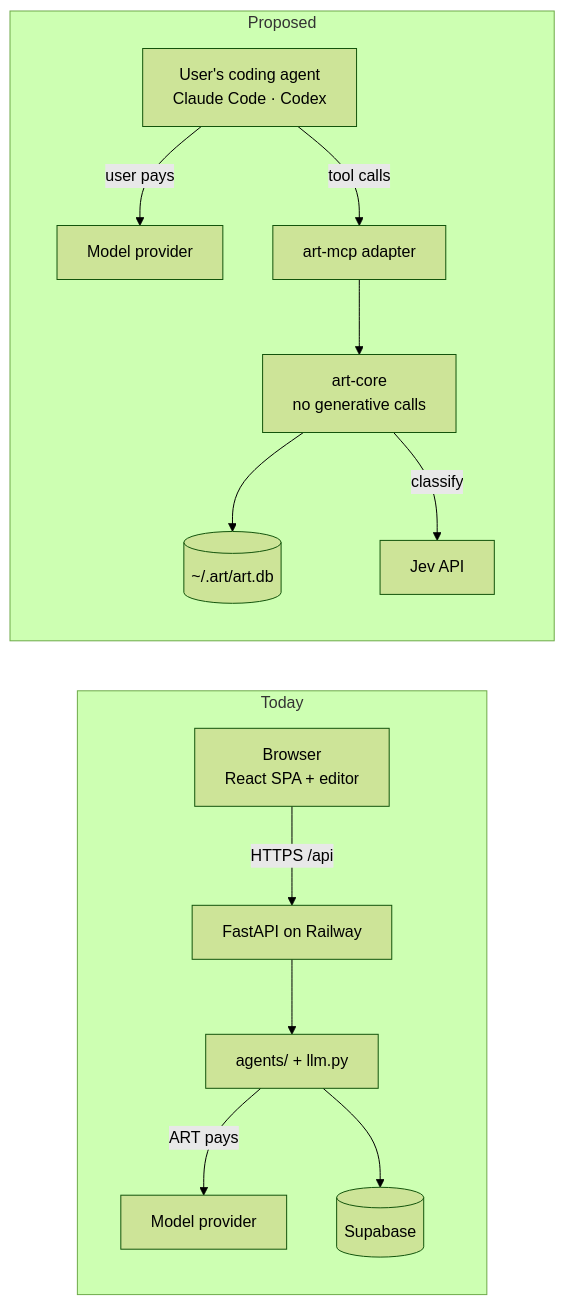
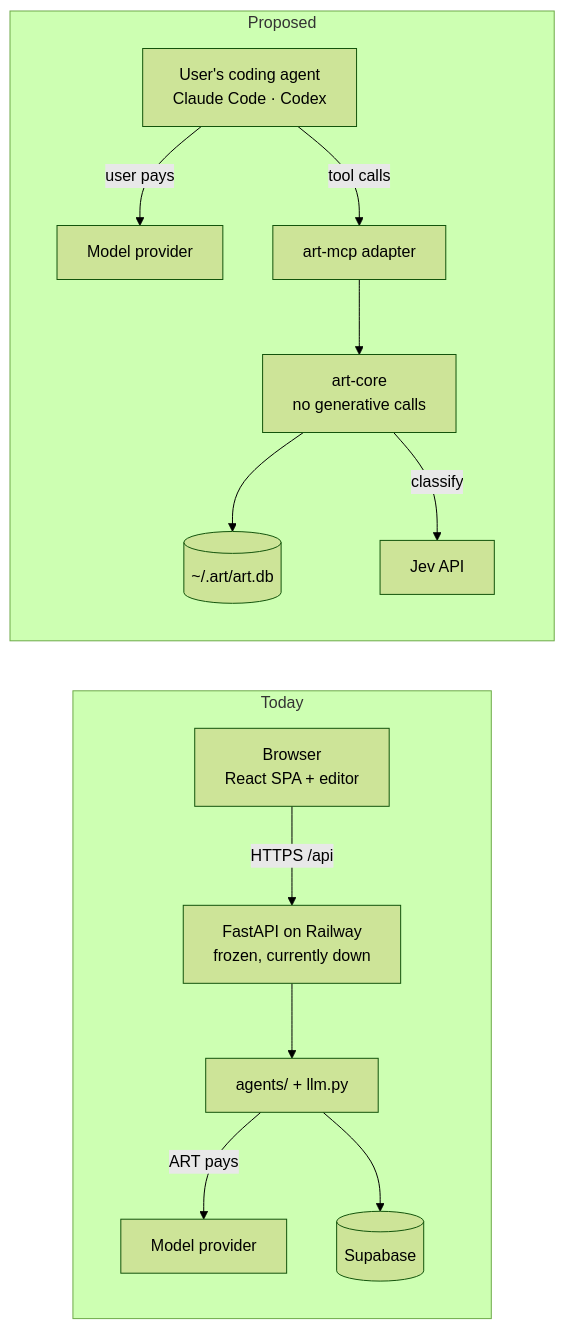
One commit to nathansso/agentic_resume_tailoring changed the first of 6 diagrams in docs/harness.md. Above: the diagram before and after it, drawn with Mermaid (forest theme). The commit also changed other lines of this file and 1 other file, not shown here.

First line of the commit message:
docs(architecture): bring architecture and harness roadmap level with the mid-October merges

````diff
--- a/docs/harness.md
+++ b/docs/harness.md
@@ -38,16 +38,16 @@
 ```mermaid
 flowchart LR
     subgraph Today
-        B[Browser<br/>React SPA + editor] -->|HTTPS /api| F[FastAPI on Railway]
+        B[Browser<br/>React SPA + editor] -->|HTTPS /api| F[FastAPI on Railway<br/>frozen, currently down]
         F --> AG[agents/ + llm.py]
         AG -->|ART pays| MP[Model provider]
         AG --> SB[(Supabase)]
     end
     subgraph Proposed
         H[User's coding agent<br/>Claude Code · Codex] -->|user pays| MP2[Model provider]
         H -->|tool calls| MCP[art-mcp adapter]
         MCP --> CORE[art-core<br/>no generative calls]
         CORE --> DB[(~/.art/art.db)]
         CORE -->|classify| JEV[Jev API]
     end
 ```
````
